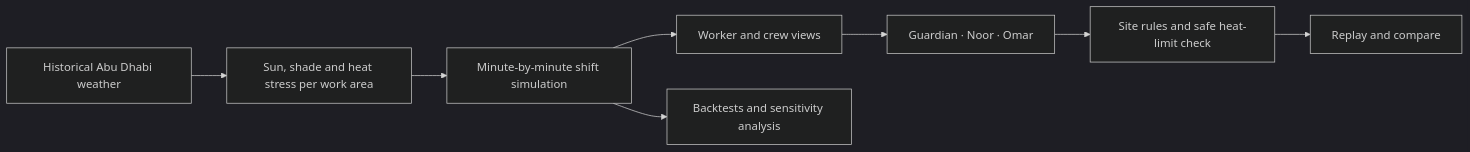
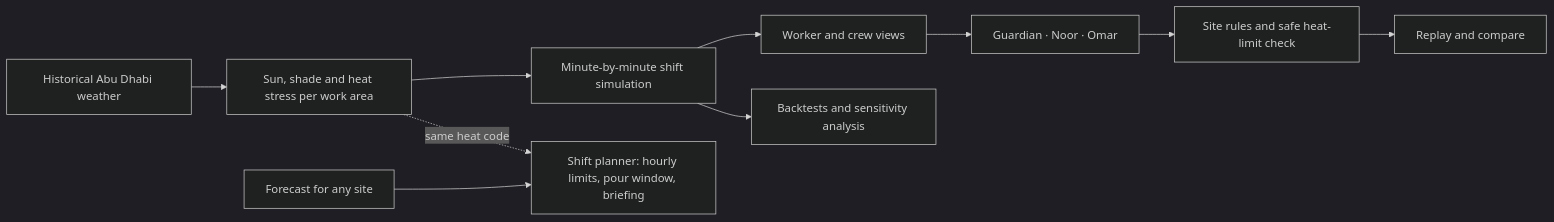
One commit to mk-tdev/heatline changed the diagram in README.md. Above: the diagram before and after it, drawn with Mermaid (dark theme). The commit also changed other lines of this file and 31 other files, not shown here.

First line of the commit message:
Add the shift planner, real-weather evidence, agent evaluation and pilot plan

````diff
--- a/README.md
+++ b/README.md
@@ -123,10 +165,12 @@
 ```mermaid
 flowchart LR
     Weather[Historical Abu Dhabi weather] --> Environment[Sun, shade and heat stress per work area]
     Environment --> Simulation[Minute-by-minute shift simulation]
     Simulation --> Roles[Worker and crew views]
     Roles --> Assistants[Guardian · Noor · Omar]
     Assistants --> Checks[Site rules and safe heat-limit check]
     Checks --> Replay[Replay and compare]
     Simulation --> Evidence[Backtests and sensitivity analysis]
+    Forecast[Forecast for any site] --> Planner[Shift planner: hourly limits, pour window, briefing]
+    Environment -. same heat code .-> Planner
 ```
````
